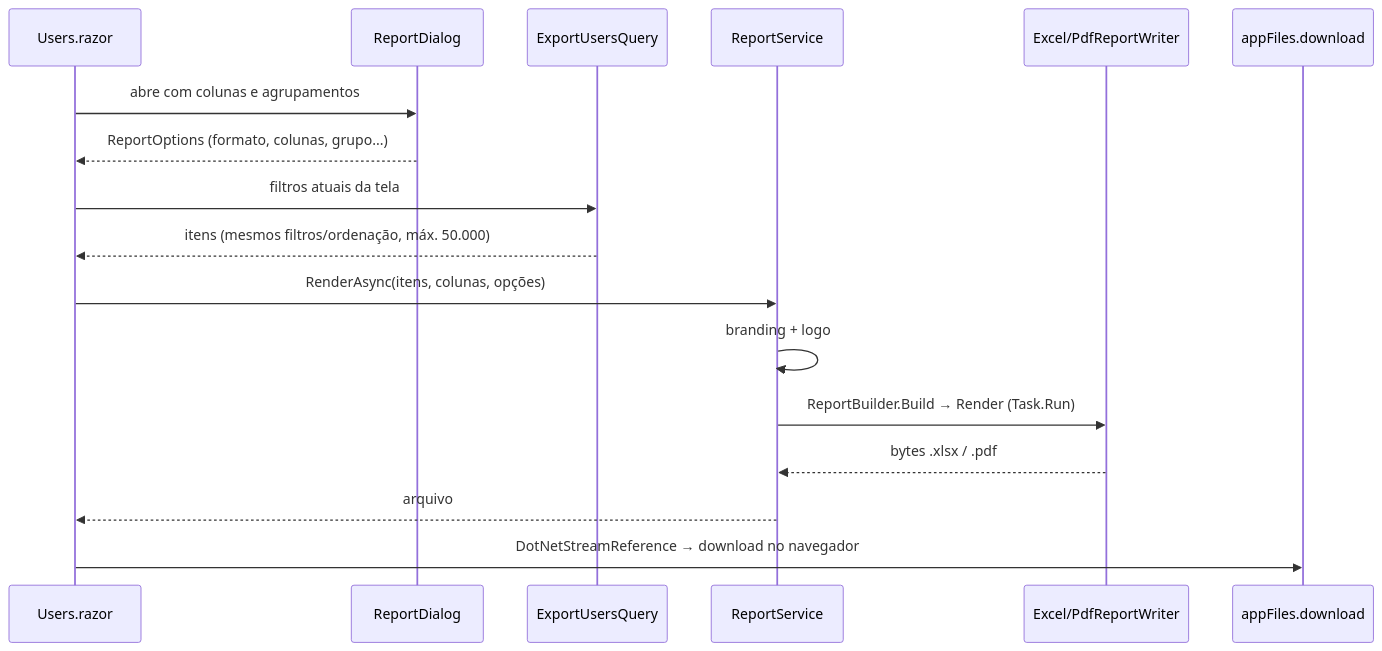
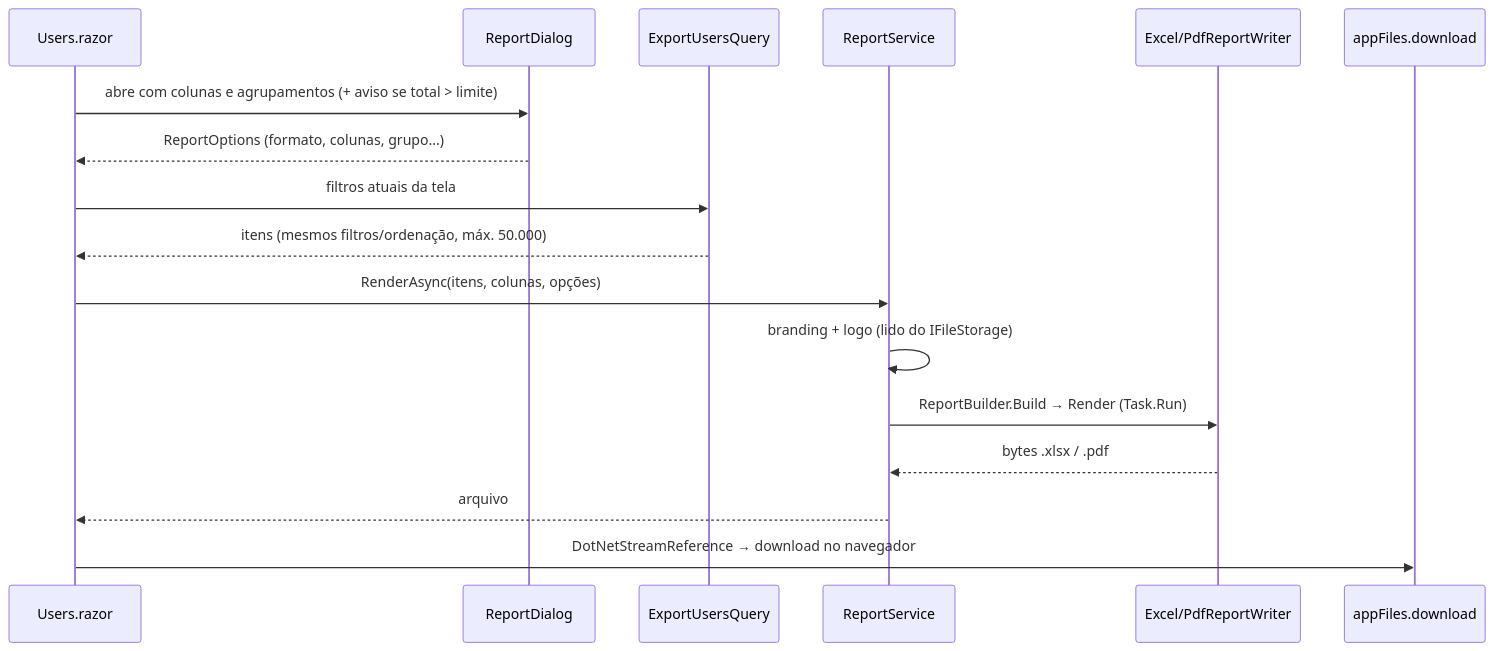
The fifth of 7 diagrams in README.md (salesHgabriel/BlazorApp3), drawn with Mermaid before and after one commit. The commit also changed other lines of this file and 29 other files, not shown here.

````diff
--- a/README.md
+++ b/README.md
@@ -504,20 +749,20 @@
 ```mermaid
 sequenceDiagram
     participant P as Users.razor
     participant RD as ReportDialog
     participant Q as ExportUsersQuery
     participant RS as ReportService
     participant W as Excel/PdfReportWriter
     participant JS as appFiles.download
 
-    P->>RD: abre com colunas e agrupamentos
+    P->>RD: abre com colunas e agrupamentos (+ aviso se total > limite)
     RD-->>P: ReportOptions (formato, colunas, grupo...)
     P->>Q: filtros atuais da tela
     Q-->>P: itens (mesmos filtros/ordenação, máx. 50.000)
     P->>RS: RenderAsync(itens, colunas, opções)
-    RS->>RS: branding + logo
+    RS->>RS: branding + logo (lido do IFileStorage)
     RS->>W: ReportBuilder.Build → Render (Task.Run)
     W-->>RS: bytes .xlsx / .pdf
     RS-->>P: arquivo
     P->>JS: DotNetStreamReference → download no navegador
 ```
````
